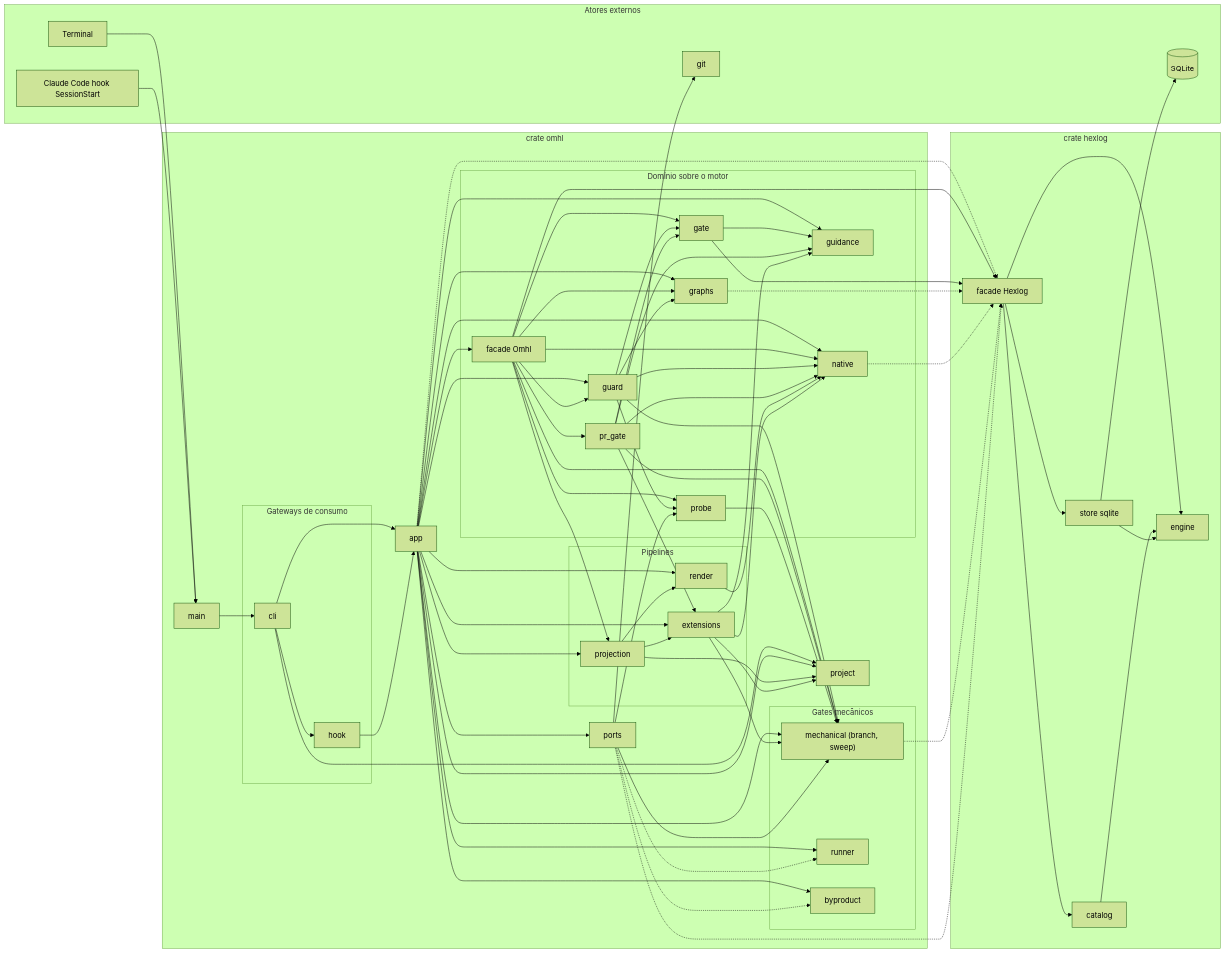
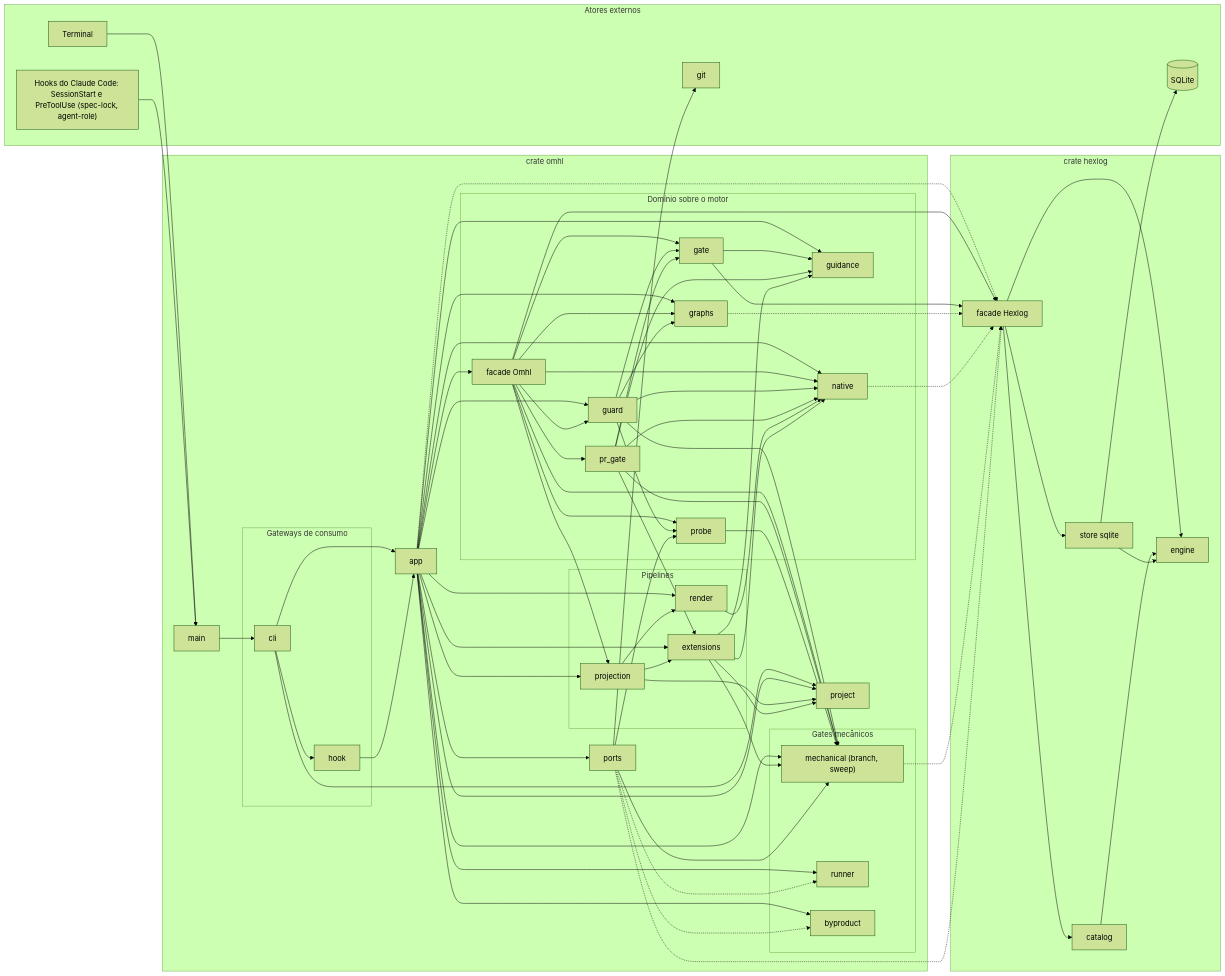
One commit to gabrielh-silvestre/oh-my-hexflow changed the diagram in docs/architecture.md. Above: the diagram before and after it, drawn with Mermaid (forest theme). The commit also changed other lines of this file and 3 other files, not shown here.

```diff
--- a/docs/architecture.md
+++ b/docs/architecture.md
@@ -10,7 +10,7 @@
 flowchart LR
   subgraph ext["Atores externos"]
     term["Terminal"]
-    cchook["Claude Code hook SessionStart"]
+    cchook["Hooks do Claude Code: SessionStart e PreToolUse (spec-lock, agent-role)"]
     git["git"]
     sqlite[("SQLite")]
   end
```
